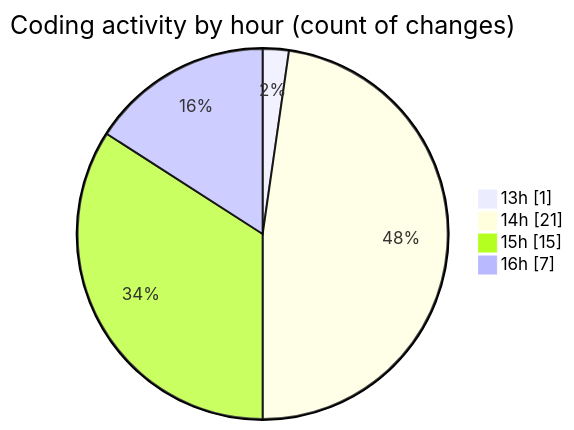
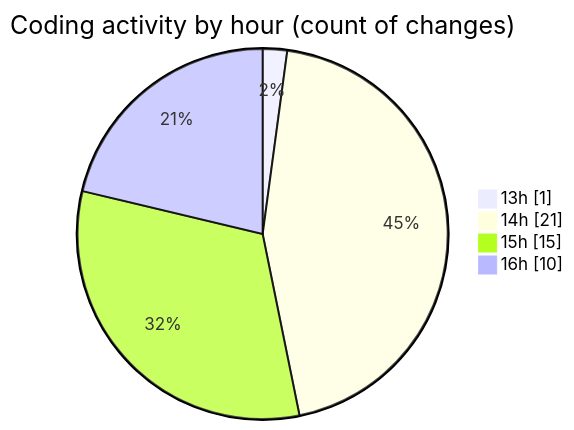
The second of 2 diagrams in 2025-11-01/futsal_rekomendasi/README.md (idhammustaqopulfikri/code-tracking), drawn with Mermaid before and after one commit. The commit also changed other lines of this file and 1 other file, not shown here.

````diff
--- a/2025-11-01/futsal_rekomendasi/README.md
+++ b/2025-11-01/futsal_rekomendasi/README.md
@@ -44,8 +44,8 @@
 ```mermaid
 pie showData
 title Coding activity by hour (count of changes)
 "13h" : 1
 "14h" : 21
 "15h" : 15
-"16h" : 7
+"16h" : 10
 ```
````
